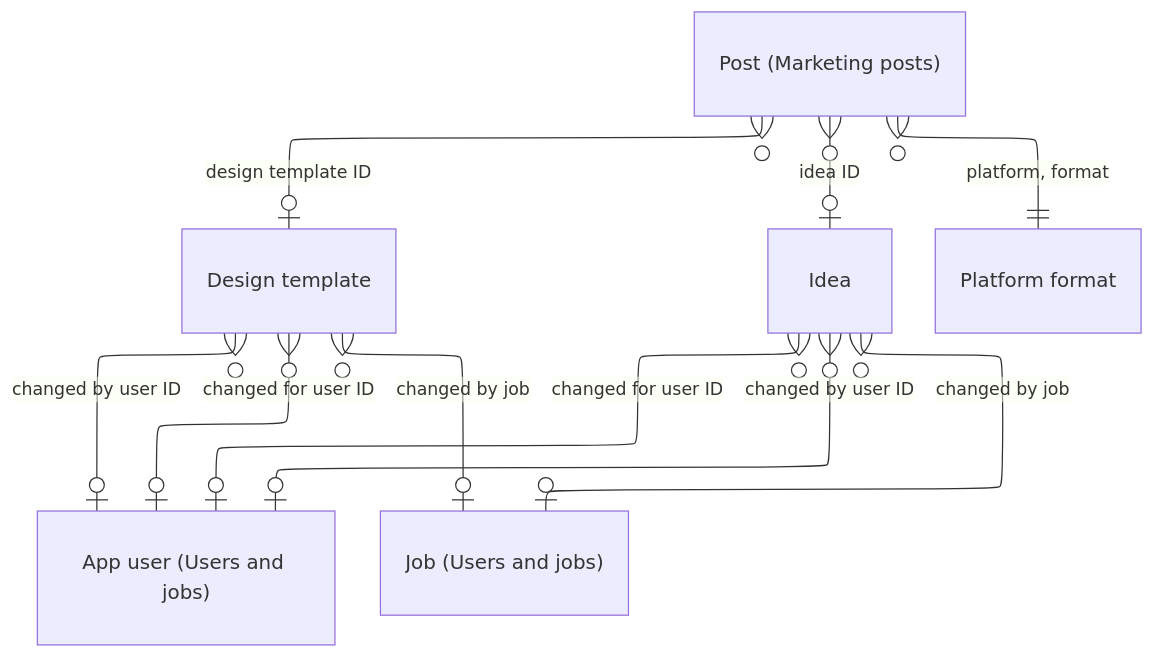
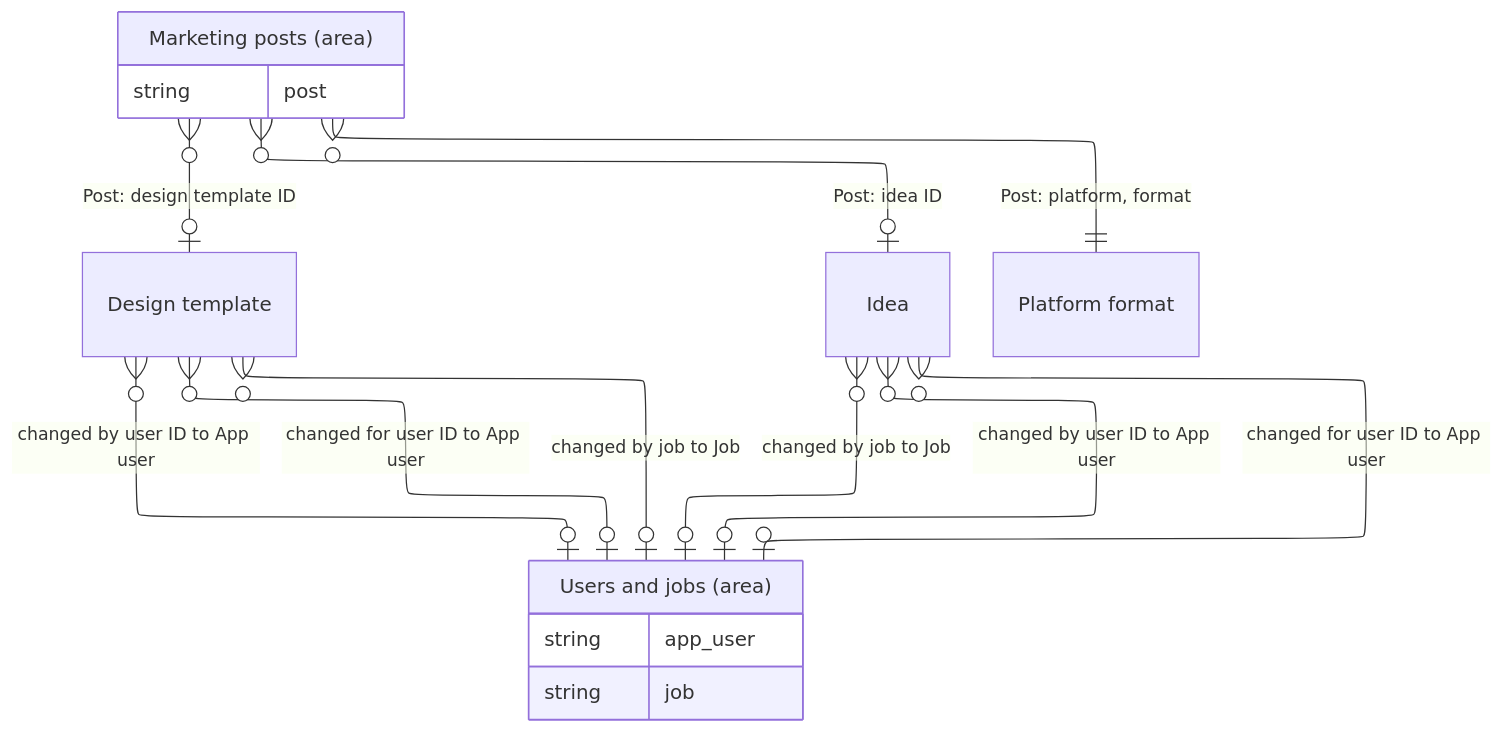
Before and after one commit to DoctorCRE/doctorcre-engine: the diagram in docs/database/tables/viewpoint-marketing-categories.md, drawn with Mermaid. The commit also changed 152 other files, not shown here.

````diff
--- a/docs/database/tables/viewpoint-marketing-categories.md
+++ b/docs/database/tables/viewpoint-marketing-categories.md
@@ -3,22 +3,29 @@
 ```mermaid
 ---
 config:
   layout: elk
   er:
     nodeSpacing: 22
     rankSpacing: 44
 ---
 erDiagram
   "Design template"
   "Idea"
   "Platform format"
-  "Design template" }o--o| "App user (Users and jobs)" : "changed by user ID"
-  "Design template" }o--o| "App user (Users and jobs)" : "changed for user ID"
-  "Design template" }o--o| "Job (Users and jobs)" : "changed by job"
-  "Idea" }o--o| "App user (Users and jobs)" : "changed by user ID"
-  "Idea" }o--o| "App user (Users and jobs)" : "changed for user ID"
-  "Idea" }o--o| "Job (Users and jobs)" : "changed by job"
-  "Post (Marketing posts)" }o--o| "Design template" : "design template ID"
-  "Post (Marketing posts)" }o--o| "Idea" : "idea ID"
-  "Post (Marketing posts)" }o--|| "Platform format" : "platform, format"
+  "Marketing posts (area)" {
+    string post
+  }
+  "Users and jobs (area)" {
+    string app_user
+    string job
+  }
+  "Design template" }o--o| "Users and jobs (area)" : "changed by user ID to App user"
+  "Design template" }o--o| "Users and jobs (area)" : "changed for user ID to App user"
+  "Design template" }o--o| "Users and jobs (area)" : "changed by job to Job"
+  "Idea" }o--o| "Users and jobs (area)" : "changed by user ID to App user"
+  "Idea" }o--o| "Users and jobs (area)" : "changed for user ID to App user"
+  "Idea" }o--o| "Users and jobs (area)" : "changed by job to Job"
+  "Marketing posts (area)" }o--o| "Design template" : "Post: design template ID"
+  "Marketing posts (area)" }o--o| "Idea" : "Post: idea ID"
+  "Marketing posts (area)" }o--|| "Platform format" : "Post: platform, format"
 ```
````
